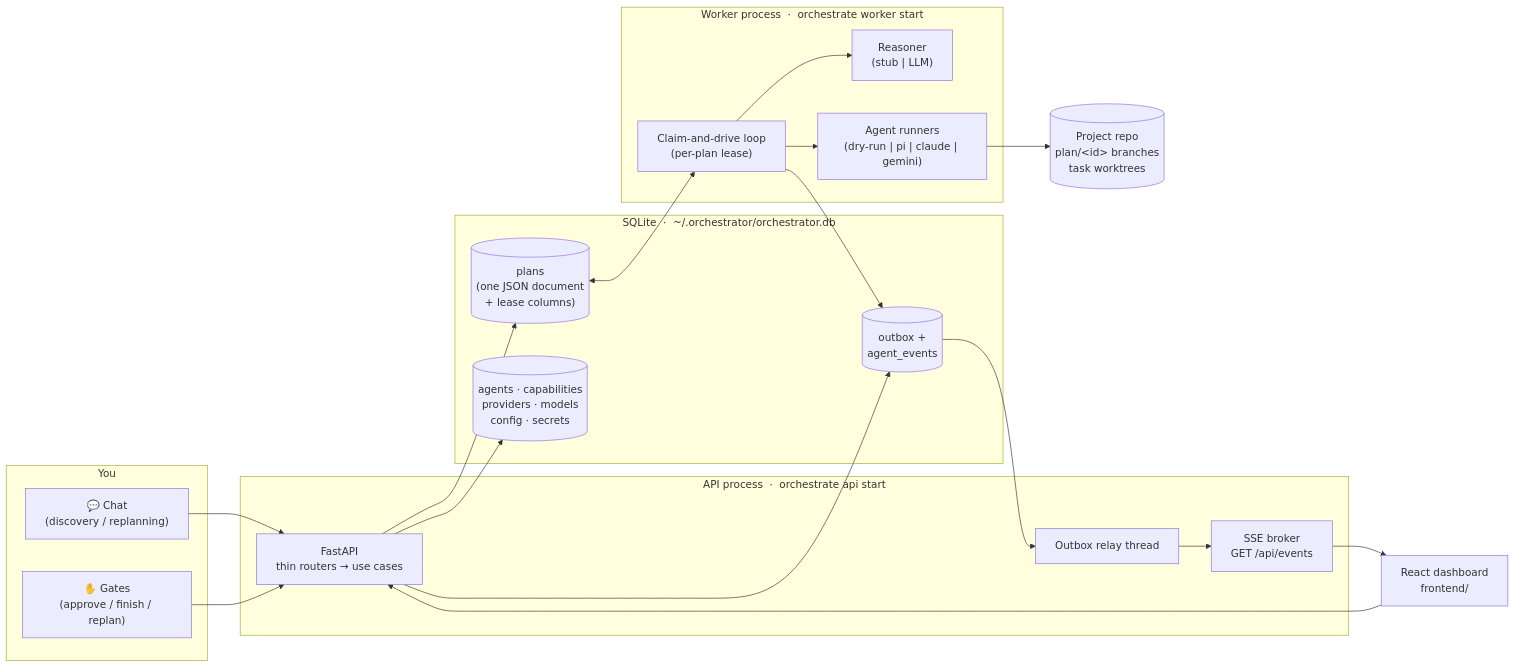
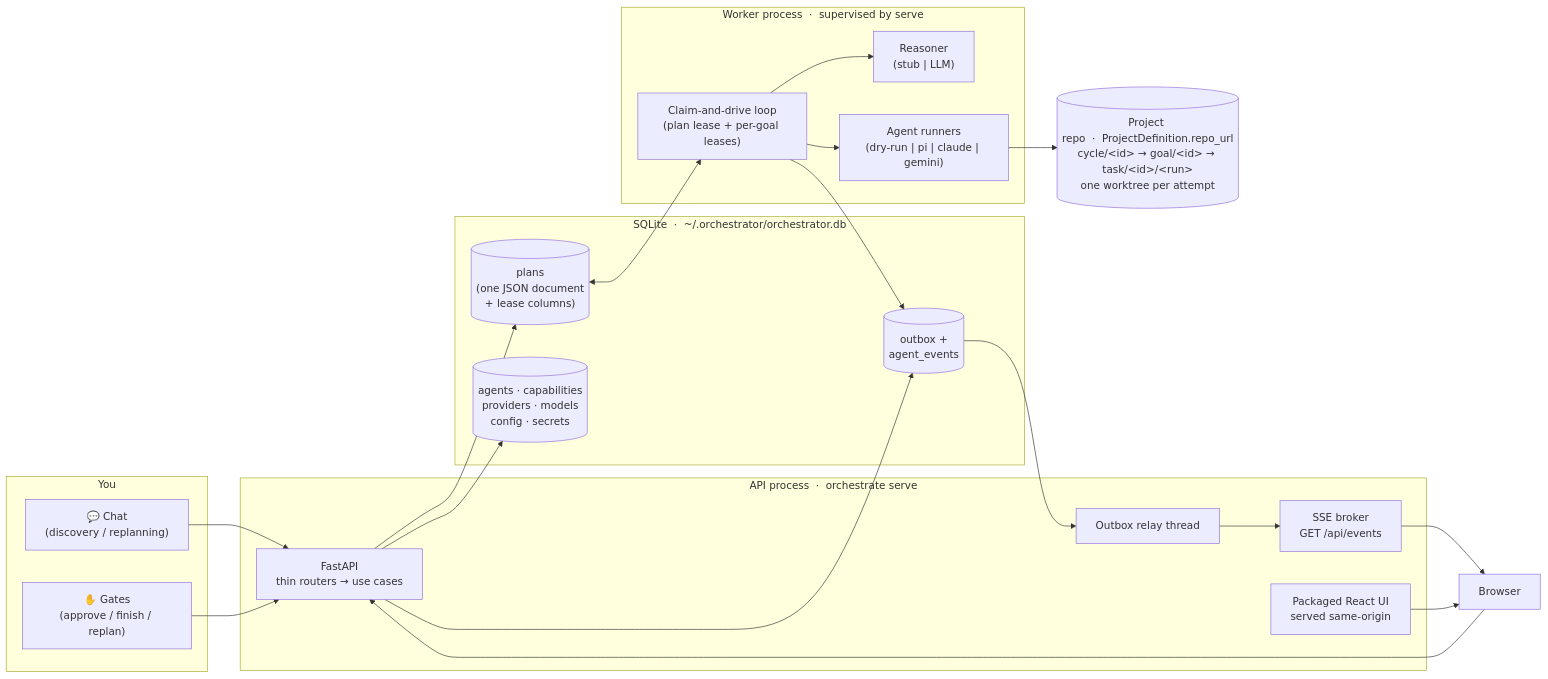
One commit to guilhermeUpToTask/agent-orchestrator-prototype changed the first of 2 diagrams in README.md. Above: the diagram before and after it, drawn with Mermaid. The commit also changed other lines of this file and 525 other files, not shown here.

````diff
--- a/README.md
+++ b/README.md
@@ -9,41 +21,43 @@
 ```mermaid
 flowchart LR
     subgraph you["You"]
         chat["💬 Chat<br/>(discovery / replanning)"]
         gates["✋ Gates<br/>(approve / finish / replan)"]
     end
 
-    subgraph api["API process&nbsp;&nbsp;·&nbsp;&nbsp;orchestrate api start"]
+    subgraph api["API process&nbsp;&nbsp;·&nbsp;&nbsp;orchestrate serve"]
         rest["FastAPI<br/>thin routers → use cases"]
         relay["Outbox relay thread"]
         sse["SSE broker<br/>GET /api/events"]
+        static["Packaged React UI<br/>served same-origin"]
     end
 
     subgraph state["SQLite&nbsp;&nbsp;·&nbsp;&nbsp;~/.orchestrator/orchestrator.db"]
         plans[("plans<br/>(one JSON document<br/>+ lease columns)")]
         outbox[("outbox +<br/>agent_events")]
         catalog[("agents · capabilities<br/>providers · models<br/>config · secrets")]
     end
 
-    subgraph worker["Worker process&nbsp;&nbsp;·&nbsp;&nbsp;orchestrate worker start"]
-        loop["Claim-and-drive loop<br/>(per-plan lease)"]
+    subgraph worker["Worker process&nbsp;&nbsp;·&nbsp;&nbsp;supervised by serve"]
+        loop["Claim-and-drive loop<br/>(plan lease + per-goal leases)"]
         reasoner["Reasoner<br/>(stub | LLM)"]
         runner["Agent runners<br/>(dry-run | pi | claude | gemini)"]
     end
 
-    git[("Project repo<br/>plan/&lt;id&gt; branches<br/>task worktrees")]
-    ui["React dashboard<br/>frontend/"]
+    git[("Project repo&nbsp;&nbsp;·&nbsp;&nbsp;ProjectDefinition.repo_url<br/>cycle/&lt;id&gt; → goal/&lt;id&gt; → task/&lt;id&gt;/&lt;run&gt;<br/>one worktree per attempt")]
+    ui["Browser"]
 
     chat --> rest
     gates --> rest
     rest --> plans
     rest --> catalog
     plans <--> loop
     loop --> reasoner
     loop --> runner
     runner --> git
     loop --> outbox
     rest --> outbox
     outbox --> relay --> sse --> ui
+    static --> ui
     ui --> rest
 ```
````
